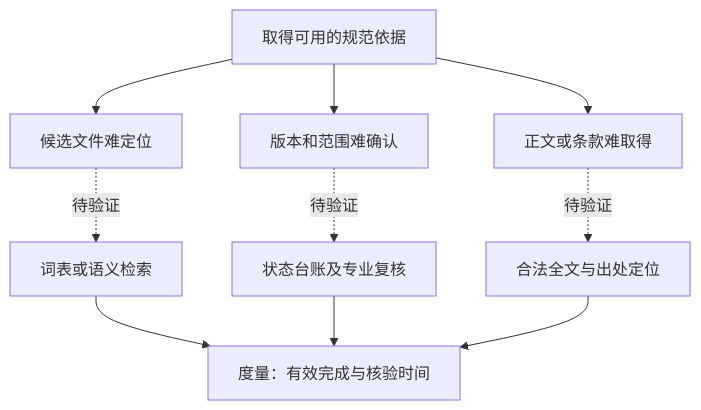
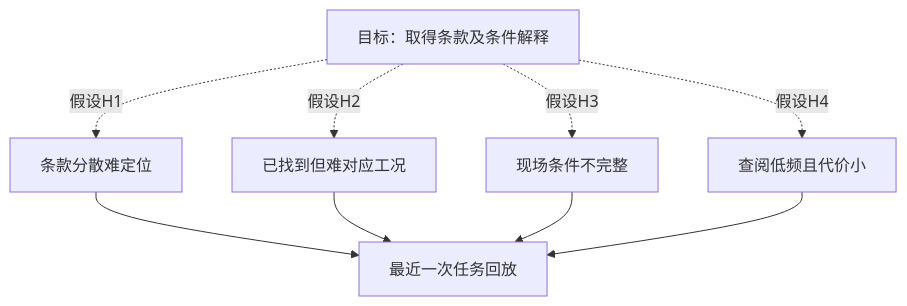
One commit to meiluosi/fde-problem-framing changed the second of 4 diagrams in examples/cbm-standards/diagrams.md. Above: the diagram before and after it, drawn with Mermaid. The commit also changed other lines of this file and 29 other files, not shown here.

````diff
--- a/examples/cbm-standards/diagrams.md
+++ b/examples/cbm-standards/diagrams.md
@@ -14,12 +13,11 @@
 ```mermaid
 flowchart TD
- A["取得可用的规范依据"] --> B["候选文件难定位"]
- A --> C["版本和范围难确认"]
- A --> D["正文或条款难取得"]
- B -. "待验证" .-> E["词表或语义检索"]
- C -. "待验证" .-> F["状态台账及专业复核"]
- D -. "待验证" .-> G["合法全文与出处定位"]
- E --> H["度量：有效完成与核验时间"]
- F --> H
- G --> H
+ A["目标：取得条款及条件解释"] -. "假设H1" .-> B["条款分散难定位"]
+ A -. "假设H2" .-> C["已找到但难对应工况"]
+ A -. "假设H3" .-> D["现场条件不完整"]
+ A -. "假设H4" .-> E["查阅低频且代价小"]
+ B --> F["最近一次任务回放"]
+ C --> F
+ D --> F
+ E --> F
 ```
````
